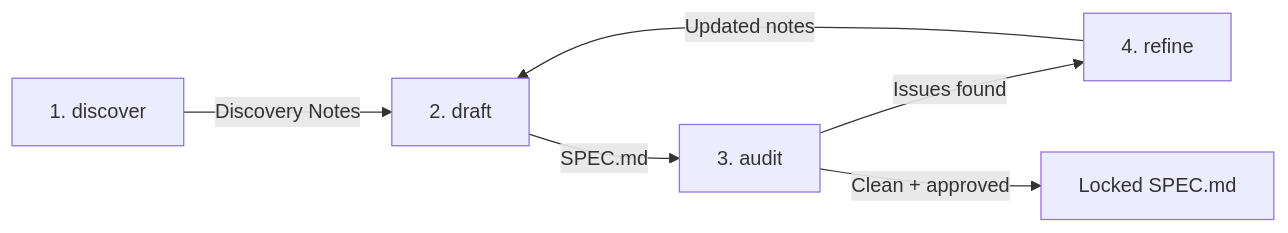
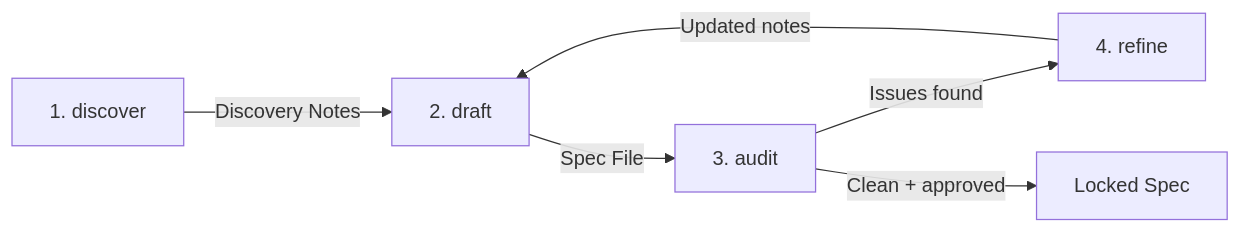
The diagram in README.md (awhipp/spec-first-protocol), drawn with Mermaid before and after one commit. The commit also changed other lines of this file and 7 other files, not shown here.

````diff
--- a/README.md
+++ b/README.md
@@ -26,8 +74,8 @@
 ```mermaid
 flowchart LR
     A["1. discover"] -->|"Discovery Notes"| B["2. draft"]
-    B -->|"SPEC.md"| C["3. audit"]
+    B -->|"Spec File"| C["3. audit"]
     C -->|"Issues found"| D["4. refine"]
     D -->|"Updated notes"| B
-    C -->|"Clean + approved"| E["Locked SPEC.md"]
+    C -->|"Clean + approved"| E["Locked Spec"]
 ```
````
